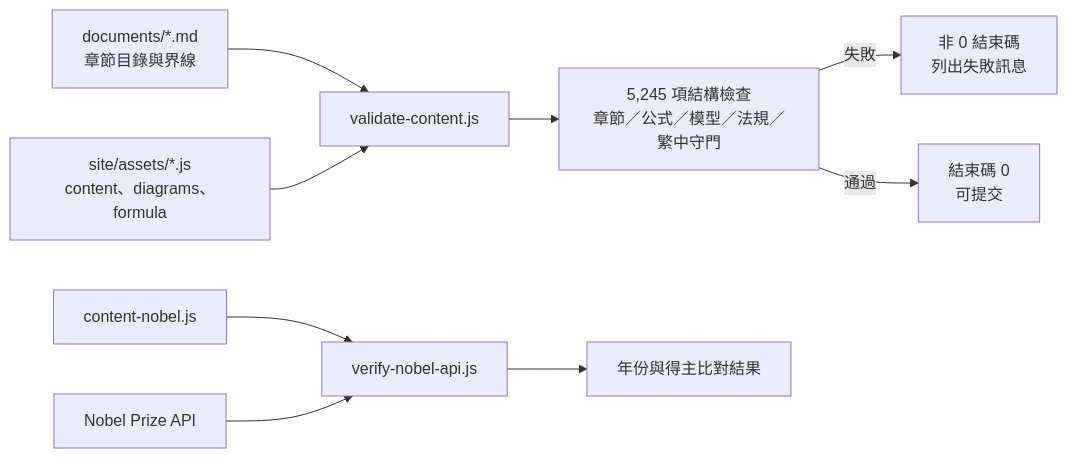
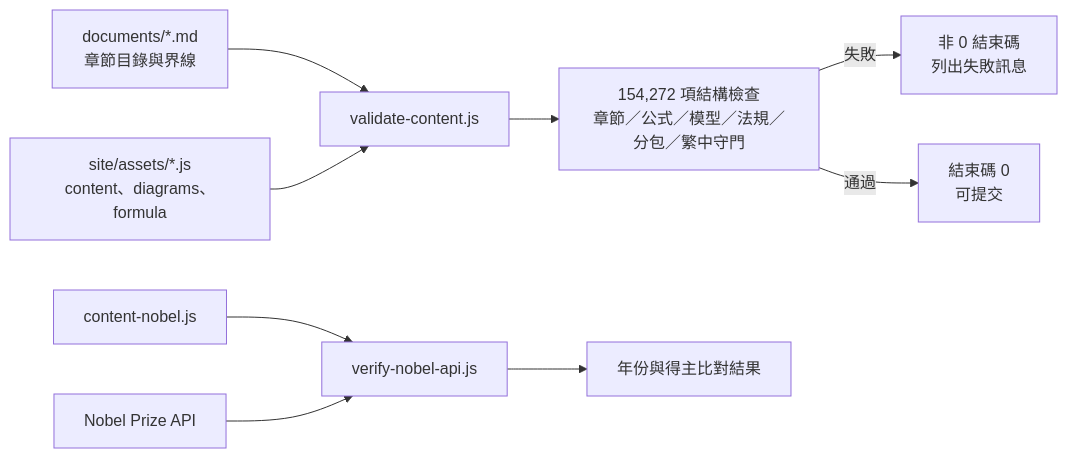
The fourth of 5 diagrams in documents/architecture.md (solo0920/analysis), drawn with Mermaid before and after one commit. The commit also changed other lines of this file and 118 other files, not shown here.

````diff
--- a/documents/architecture.md
+++ b/documents/architecture.md
@@ -187,11 +197,11 @@
 ```mermaid
 flowchart LR
   Sources["documents/*.md<br/>章節目錄與界線"] --> Validate["validate-content.js"]
   Assets["site/assets/*.js<br/>content、diagrams、formula"] --> Validate
-  Validate --> Checks["5,245 項結構檢查<br/>章節／公式／模型／法規／繁中守門"]
+  Validate --> Checks["154,272 項結構檢查<br/>章節／公式／模型／法規／分包／繁中守門"]
   Checks -->|失敗| Fail["非 0 結束碼<br/>列出失敗訊息"]
   Checks -->|通過| Pass["結束碼 0<br/>可提交"]
   Nobel["content-nobel.js"] --> Verify["verify-nobel-api.js"]
   API["Nobel Prize API"] --> Verify
   Verify --> Result["年份與得主比對結果"]
 ```
````
